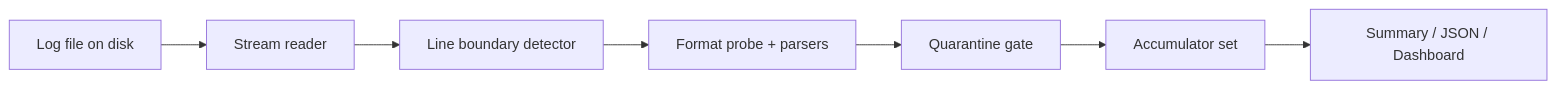
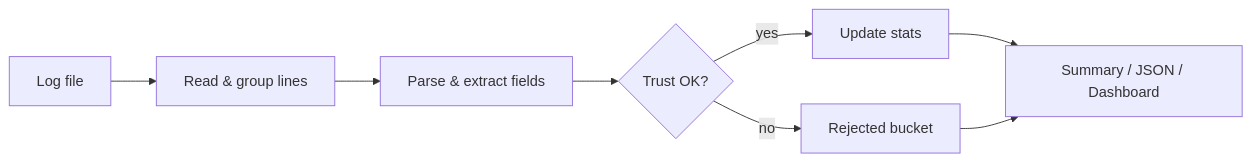
One commit to emanalytic/Logana changed the first of 3 diagrams in README.md. Above: the diagram before and after it, drawn with Mermaid. The commit also changed other lines of this file, not shown here.

````diff
--- a/README.md
+++ b/README.md
@@ -46,9 +50,10 @@
 ```mermaid
 flowchart LR
-  A[Log file on disk] --> B[Stream reader]
-  B --> C[Line boundary detector]
-  C --> D[Format probe + parsers]
-  D --> E[Quarantine gate]
-  E --> F[Accumulator set]
-  F --> G[Summary / JSON / Dashboard]
+  A[Log file] --> B[Read & group lines]
+  B --> C[Parse & extract fields]
+  C --> D{Trust OK?}
+  D -->|yes| E[Update stats]
+  D -->|no| F[Rejected bucket]
+  E --> G[Summary / JSON / Dashboard]
+  F --> G
 ```
````
